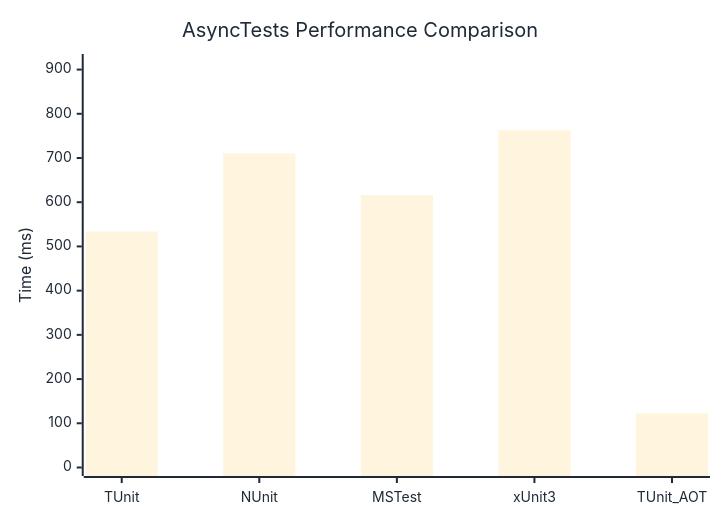
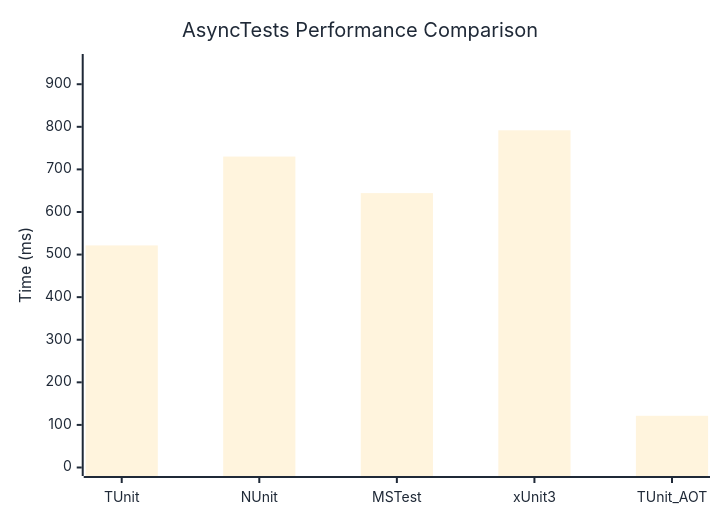
Before and after one commit to thomhurst/TUnit: the diagram in docs/docs/benchmarks/AsyncTests.md, drawn with Mermaid. The commit also changed other lines of this file and 17 other files, not shown here.

````diff
--- a/docs/docs/benchmarks/AsyncTests.md
+++ b/docs/docs/benchmarks/AsyncTests.md
@@ -27,37 +27,37 @@
 ```mermaid
 %%{init: {
   'theme':'base',
   'themeVariables': {
     'primaryColor': '#2563eb',
     'primaryTextColor': '#1f2937',
     'primaryBorderColor': '#1e40af',
     'lineColor': '#6b7280',
     'secondaryColor': '#7c3aed',
     'tertiaryColor': '#dc2626',
     'background': '#ffffff',
     'mainBkg': '#2563eb',
     'secondBkg': '#7c3aed',
     'tertiaryBkg': '#dc2626',
     'clusterBkg': '#f3f4f6',
     'edgeLabelBackground': '#ffffff',
     'tertiaryTextColor': '#1f2937',
     'pie1': '#2563eb',
     'pie2': '#7c3aed',
     'pie3': '#dc2626',
     'pie4': '#f59e0b',
     'pie5': '#10b981',
     'pie6': '#06b6d4',
     'pie7': '#ec4899',
     'pie8': '#6366f1',
     'pie9': '#84cc16',
     'pie10': '#f97316',
     'pie11': '#14b8a6',
     'pie12': '#a855f7'
   }
 }}%%
 xychart-beta
   title "AsyncTests Performance Comparison"
   x-axis ["TUnit", "NUnit", "MSTest", "xUnit3", "TUnit_AOT"]
-  y-axis "Time (ms)" 0 --> 916
-  bar [533.9, 710, 616.1, 762.7, 122.6]
+  y-axis "Time (ms)" 0 --> 951
+  bar [521.5, 730.1, 644.3, 791.8, 121.4]
 ```
````
